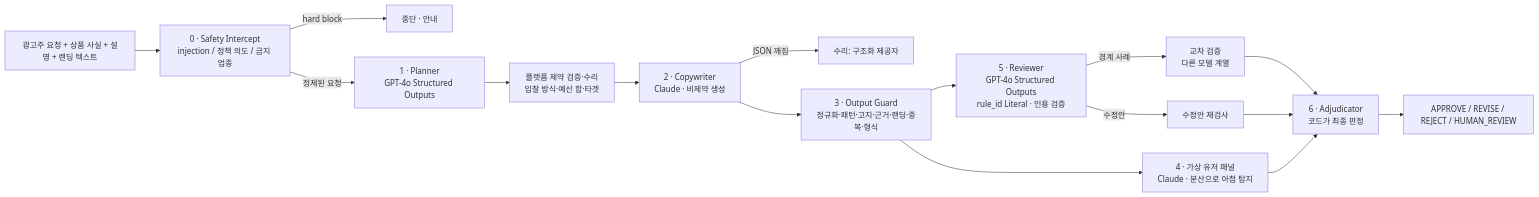
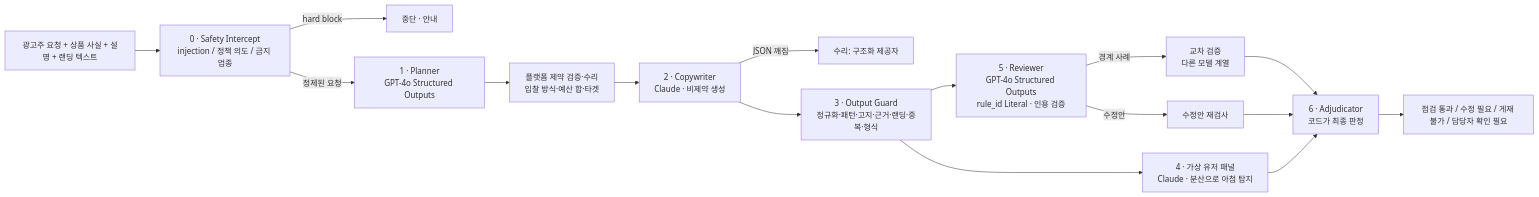
Before and after one commit to sokldjs554/toss-ads-ai-project: the diagram in docs/ARCHITECTURE.md, drawn with Mermaid. The commit also changed other lines of this file and 73 other files, not shown here.

````diff
--- a/docs/ARCHITECTURE.md
+++ b/docs/ARCHITECTURE.md
@@ -9,18 +9,18 @@
 ```mermaid
 flowchart LR
     A[광고주 요청 + 상품 사실 + 설명 + 랜딩 텍스트] --> IG[0 · Safety Intercept<br/>injection / 정책 의도 / 금지 업종]
     IG -- hard block --> STOP[중단 · 안내]
     IG -- 정제된 요청 --> PL[1 · Planner<br/>GPT-4o Structured Outputs]
     PL --> PV[플랫폼 제약 검증·수리<br/>입찰 방식·예산 합·타겟]
     PV --> CW[2 · Copywriter<br/>Claude · 비제약 생성]
     CW -- JSON 깨짐 --> RP[수리: 구조화 제공자]
     CW --> OG[3 · Output Guard<br/>정규화·패턴·고지·근거·랜딩·중복·형식]
     OG --> AU[4 · 가상 유저 패널<br/>Claude · 분산으로 아첨 탐지]
     OG --> RV[5 · Reviewer<br/>GPT-4o Structured Outputs<br/>rule_id Literal · 인용 검증]
     RV -- 경계 사례 --> SO[교차 검증<br/>다른 모델 계열]
     RV -- 수정안 --> RC[수정안 재검사]
     SO --> AD[6 · Adjudicator<br/>코드가 최종 판정]
     RC --> AD
     AU --> AD
-    AD --> R[APPROVE / REVISE / REJECT / HUMAN_REVIEW]
+    AD --> R[점검 통과 / 수정 필요 / 게재 불가 / 담당자 확인 필요]
 ```
````
